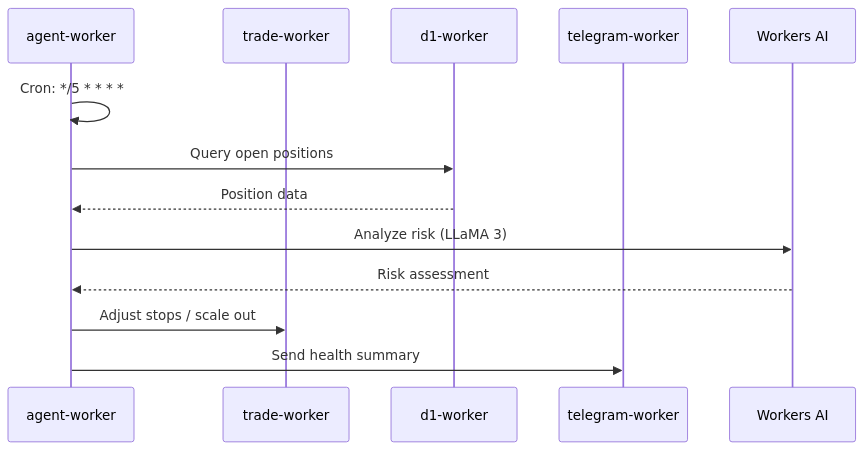
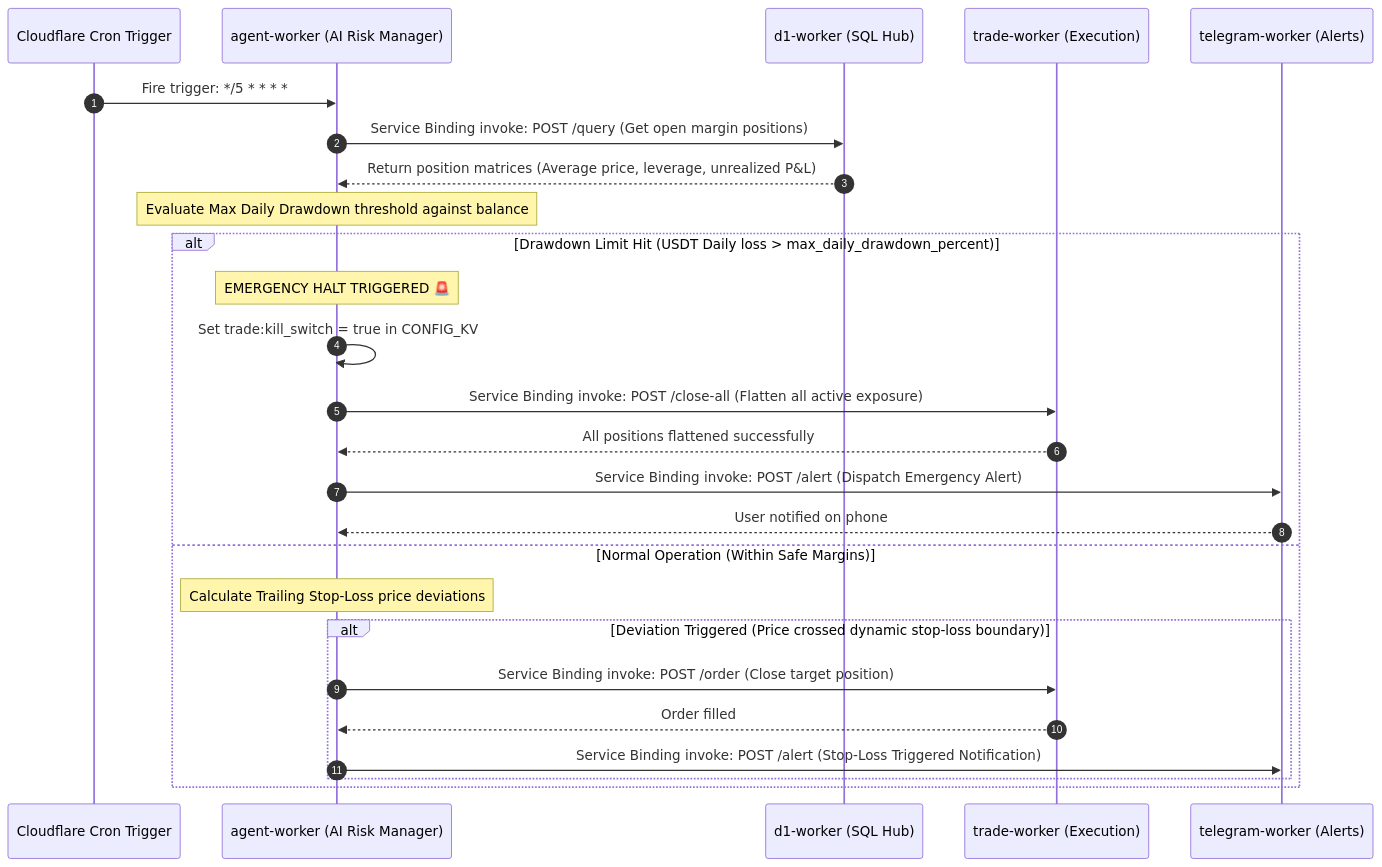
The second of 4 diagrams in docs/devops/architecture/data-flow.md (jango-blockchained/hoox-setup), drawn with Mermaid before and after one commit. The commit also changed other lines of this file and 33 other files, not shown here.

````diff
--- a/docs/devops/architecture/data-flow.md
+++ b/docs/devops/architecture/data-flow.md
@@ -40,16 +57,29 @@
 ```mermaid
 sequenceDiagram
-    participant Agent as agent-worker
-    participant Trade as trade-worker
-    participant D1 as d1-worker
-    participant TG as telegram-worker
-    participant AI as Workers AI
+    autonumber
+    participant Cron as Cloudflare Cron Trigger
+    participant AW as agent-worker (AI Risk Manager)
+    participant D1 as d1-worker (SQL Hub)
+    participant TW as trade-worker (Execution)
+    participant TG as telegram-worker (Alerts)
 
-    Agent->>Agent: Cron: */5 * * * *
-    Agent->>D1: Query open positions
-    D1-->>Agent: Position data
-    Agent->>AI: Analyze risk (LLaMA 3)
-    AI-->>Agent: Risk assessment
-    Agent->>Trade: Adjust stops / scale out
-    Agent->>TG: Send health summary
+    Cron->>AW: Fire trigger: */5 * * * *
+    AW->>D1: Service Binding invoke: POST /query (Get open margin positions)
+    D1-->>AW: Return position matrices (Average price, leverage, unrealized P&L)
+    Note over AW: Evaluate Max Daily Drawdown threshold against balance
+    alt Drawdown Limit Hit (USDT Daily loss > max_daily_drawdown_percent)
+        Note over AW: EMERGENCY HALT TRIGGERED 🚨
+        AW->>AW: Set trade:kill_switch = true in CONFIG_KV
+        AW->>TW: Service Binding invoke: POST /close-all (Flatten all active exposure)
+        TW-->>AW: All positions flattened successfully
+        AW->>TG: Service Binding invoke: POST /alert (Dispatch Emergency Alert)
+        TG-->>AW: User notified on phone
+    else Normal Operation (Within Safe Margins)
+        Note over AW: Calculate Trailing Stop-Loss price deviations
+        alt Deviation Triggered (Price crossed dynamic stop-loss boundary)
+            AW->>TW: Service Binding invoke: POST /order (Close target position)
+            TW-->>AW: Order filled
+            AW->>TG: Service Binding invoke: POST /alert (Stop-Loss Triggered Notification)
+        end
+    end
 ```
````
